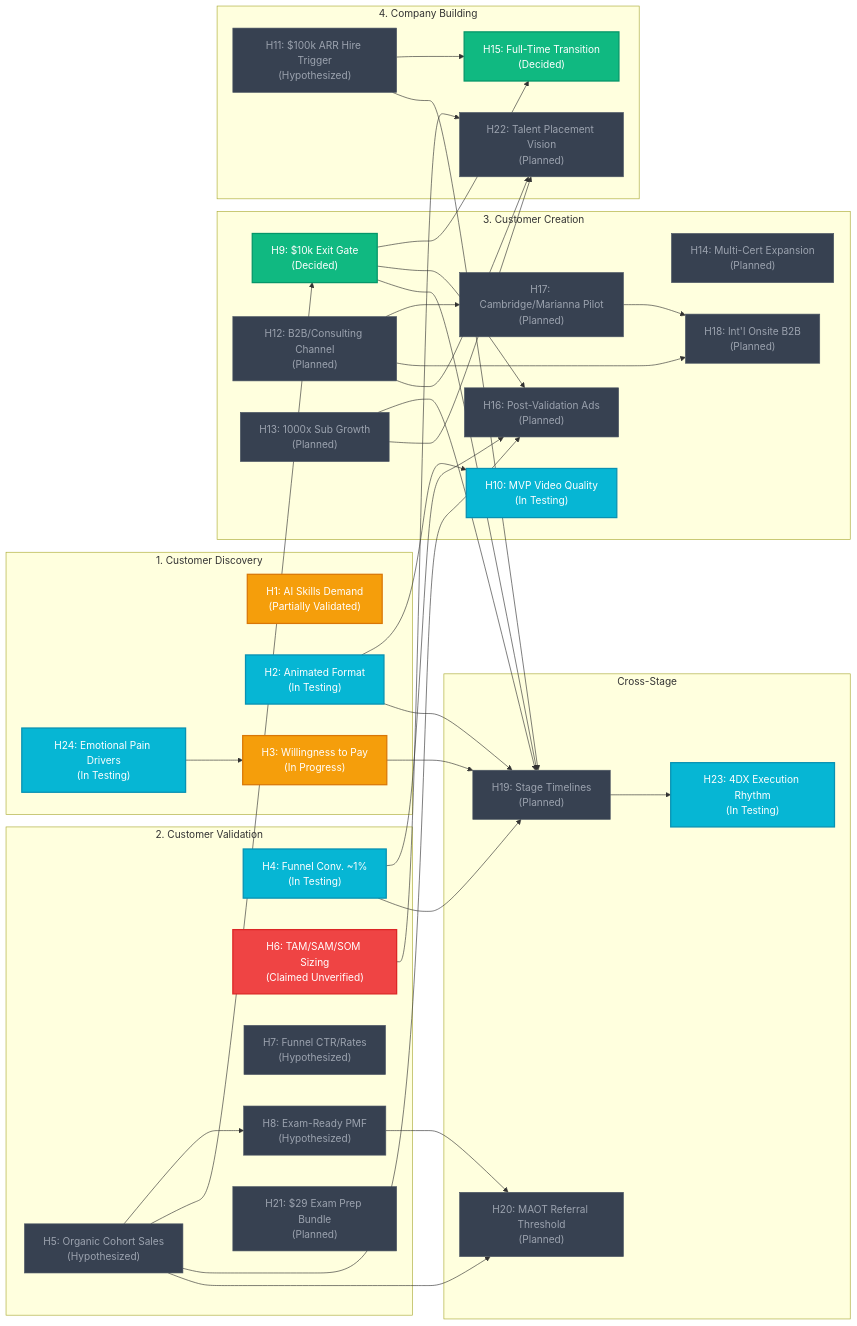
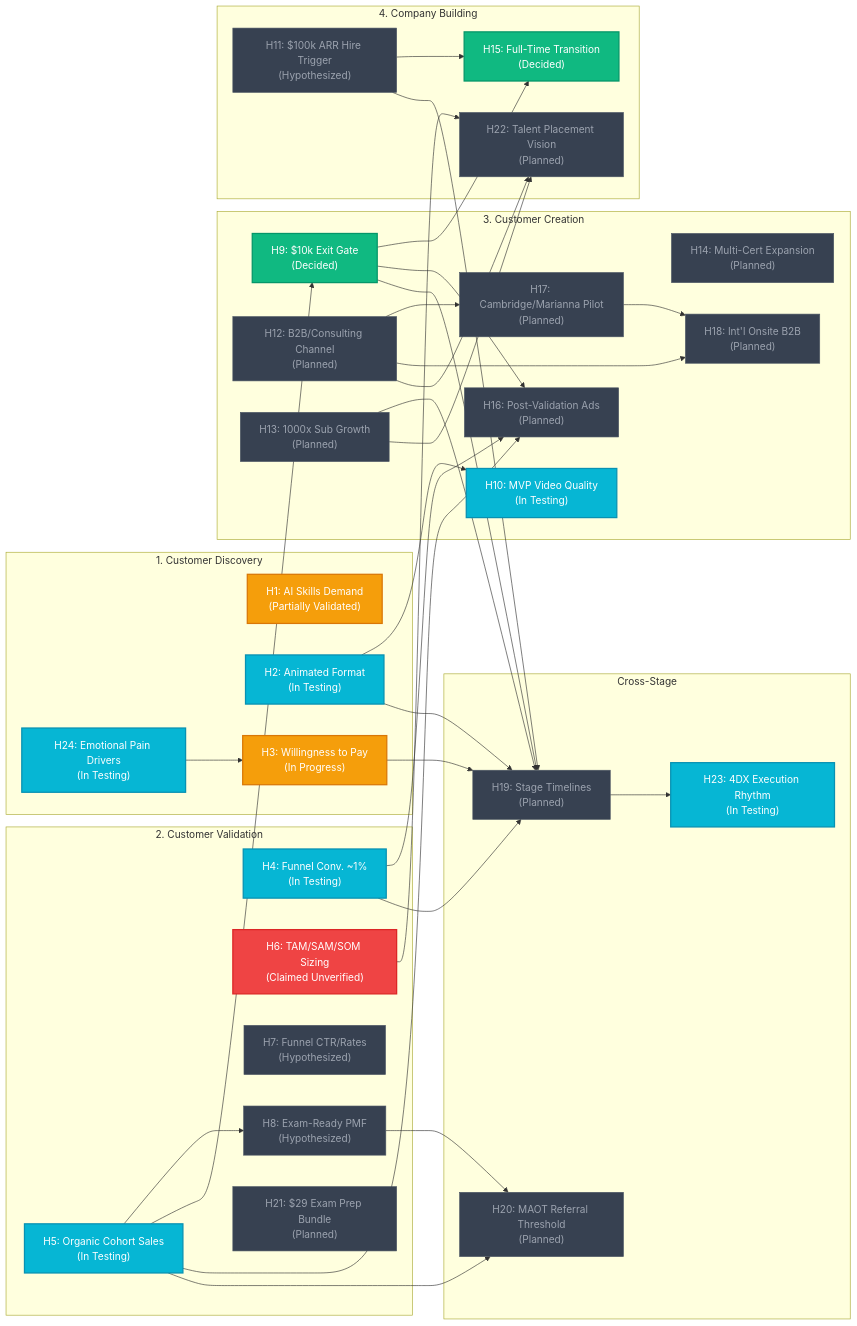
Before and after one commit to rifaterdemsahin/AI-Certification-Customer-Development: the diagram in HYPOTHESIS.md, drawn with Mermaid. The commit also changed other lines of this file and 9 other files, not shown here.

````diff
--- a/HYPOTHESIS.md
+++ b/HYPOTHESIS.md
@@ -9,74 +9,74 @@
 ```mermaid
 flowchart LR
     %% Styles
     classDef validated fill:#10b981,stroke:#059669,stroke-width:2px,color:#fff;
     classDef testing fill:#06b6d4,stroke:#0891b2,stroke-width:2px,color:#fff;
     classDef progress fill:#f59e0b,stroke:#d97706,stroke-width:2px,color:#fff;
     classDef unverified fill:#ef4444,stroke:#dc2626,stroke-width:2px,color:#fff;
     classDef planned fill:#374151,stroke:#4b5563,stroke-width:1px,color:#9ca3af;
 
     subgraph Discovery ["1. Customer Discovery"]
         H1["H1: AI Skills Demand<br>(Partially Validated)"]:::progress
         H2["H2: Animated Format<br>(In Testing)"]:::testing
         H3["H3: Willingness to Pay<br>(In Progress)"]:::progress
         H24["H24: Emotional Pain Drivers<br>(In Testing)"]:::testing
     end
 
     subgraph Validation ["2. Customer Validation"]
         H4["H4: Funnel Conv. ~1%<br>(In Testing)"]:::testing
-        H5["H5: Organic Cohort Sales<br>(Hypothesized)"]:::planned
+        H5["H5: Organic Cohort Sales<br>(In Testing)"]:::testing
         H6["H6: TAM/SAM/SOM Sizing<br>(Claimed Unverified)"]:::unverified
         H7["H7: Funnel CTR/Rates<br>(Hypothesized)"]:::planned
         H8["H8: Exam-Ready PMF<br>(Hypothesized)"]:::planned
         H21["H21: $29 Exam Prep Bundle<br>(Planned)"]:::planned
     end
 
     subgraph Creation ["3. Customer Creation"]
         H9["H9: $10k Exit Gate<br>(Decided)"]:::validated
         H10["H10: MVP Video Quality<br>(In Testing)"]:::testing
         H12["H12: B2B/Consulting Channel<br>(Planned)"]:::planned
         H13["H13: 1000x Sub Growth<br>(Planned)"]:::planned
         H14["H14: Multi-Cert Expansion<br>(Planned)"]:::planned
         H16["H16: Post-Validation Ads<br>(Planned)"]:::planned
         H17["H17: Cambridge/Marianna Pilot<br>(Planned)"]:::planned
         H18["H18: Int'l Onsite B2B<br>(Planned)"]:::planned
     end
 
     subgraph Building ["4. Company Building"]
         H11["H11: $100k ARR Hire Trigger<br>(Hypothesized)"]:::planned
         H15["H15: Full-Time Transition<br>(Decided)"]:::validated
         H22["H22: Talent Placement Vision<br>(Planned)"]:::planned
     end
 
     subgraph CrossStage ["Cross-Stage"]
         H19["H19: Stage Timelines<br>(Planned)"]:::planned
         H20["H20: MAOT Referral Threshold<br>(Planned)"]:::planned
         H23["H23: 4DX Execution Rhythm<br>(In Testing)"]:::testing
     end
 
     %% Dependencies
     H2 --> H10
     H2 --> H19
     H3 --> H19
     H24 --> H3
     H4 --> H16
     H4 --> H19
     H5 --> H8
     H5 --> H9
     H5 --> H16
     H9 --> H15
     H9 --> H16
     H9 --> H19
     H11 --> H15
     H11 --> H19
     H12 --> H17
     H12 --> H18
     H13 --> H19
     H17 --> H18
     H5 --> H20
     H8 --> H20
     H12 --> H22
     H6 --> H22
     H13 --> H22
     H19 --> H23
 ```
````
